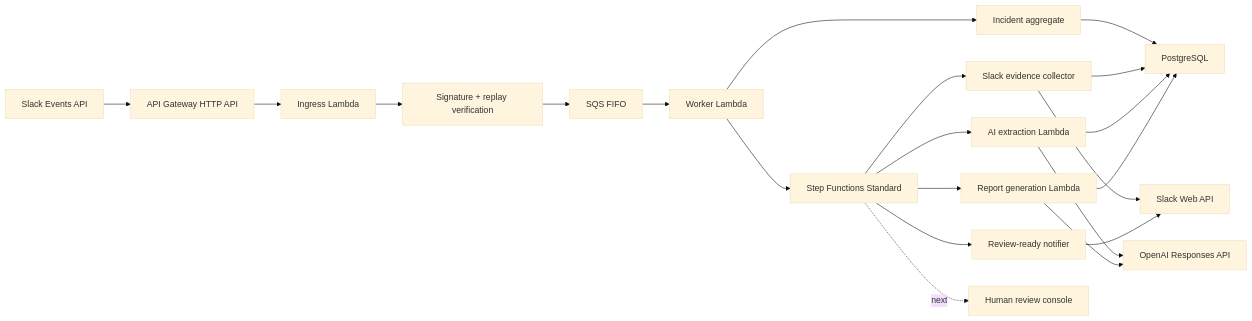
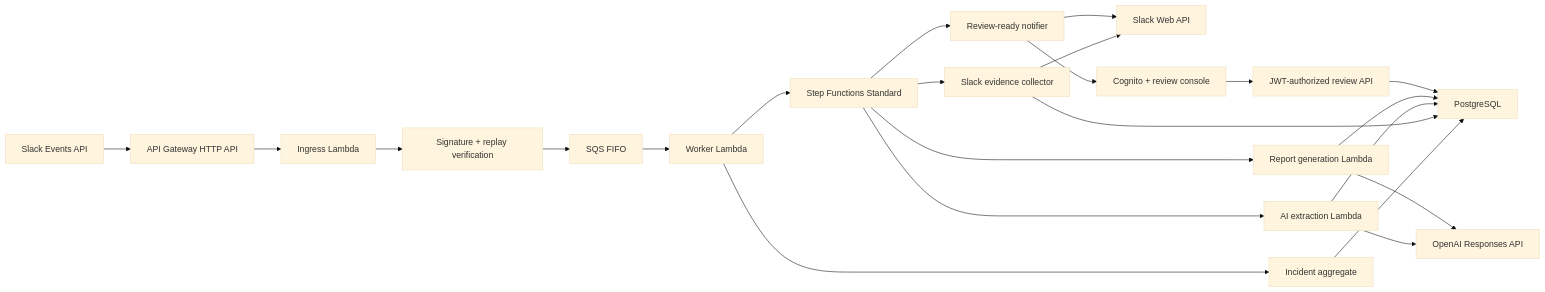
One commit to SharmaKunal14/slack-incidence-evidence changed the diagram in README.md. Above: the diagram before and after it, drawn with Mermaid (base theme). The commit also changed other lines of this file and 37 other files, not shown here.

First line of the commit message:
feat(review): add authenticated human review workflow for incident drafts

````diff
--- a/README.md
+++ b/README.md
@@ -70,23 +83,25 @@
 ```mermaid
 flowchart LR
     Slack["Slack Events API"] --> Gateway["API Gateway HTTP API"]
     Gateway --> API["Ingress Lambda"]
     API --> Verify["Signature + replay verification"]
     Verify --> SQS["SQS FIFO"]
     SQS --> Worker["Worker Lambda"]
     Worker --> Domain["Incident aggregate"]
     Domain --> Postgres["PostgreSQL"]
     Worker --> SFN["Step Functions Standard"]
     SFN --> Collector["Slack evidence collector"]
     Collector --> SlackAPI["Slack Web API"]
     Collector --> Postgres
     SFN --> Analyzer["AI extraction Lambda"]
     Analyzer --> OpenAI["OpenAI Responses API"]
     Analyzer --> Postgres
     SFN --> Reporter["Report generation Lambda"]
     Reporter --> OpenAI
     Reporter --> Postgres
     SFN --> Notifier["Review-ready notifier"]
     Notifier --> SlackAPI
-    SFN -. "next" .-> Future["Human review console"]
+    Notifier --> Review["Cognito + review console"]
+    Review --> ReviewAPI["JWT-authorized review API"]
+    ReviewAPI --> Postgres
 ```
````
